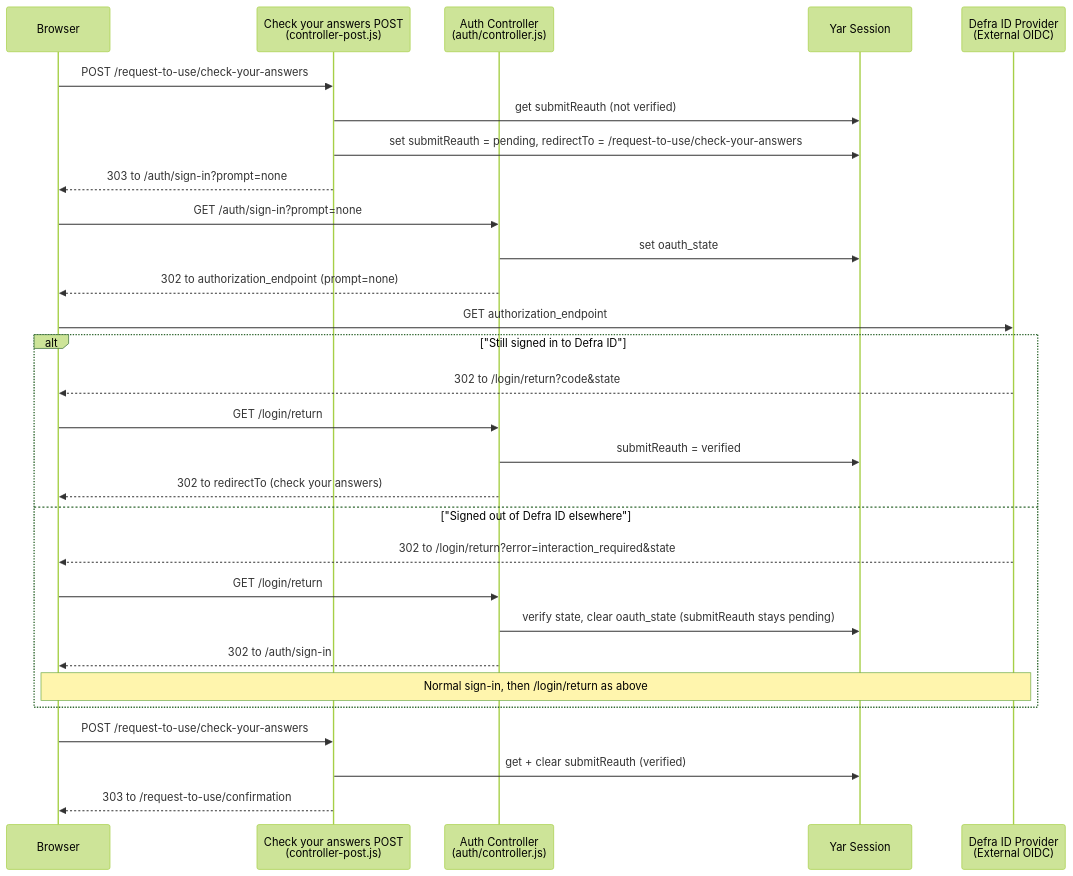
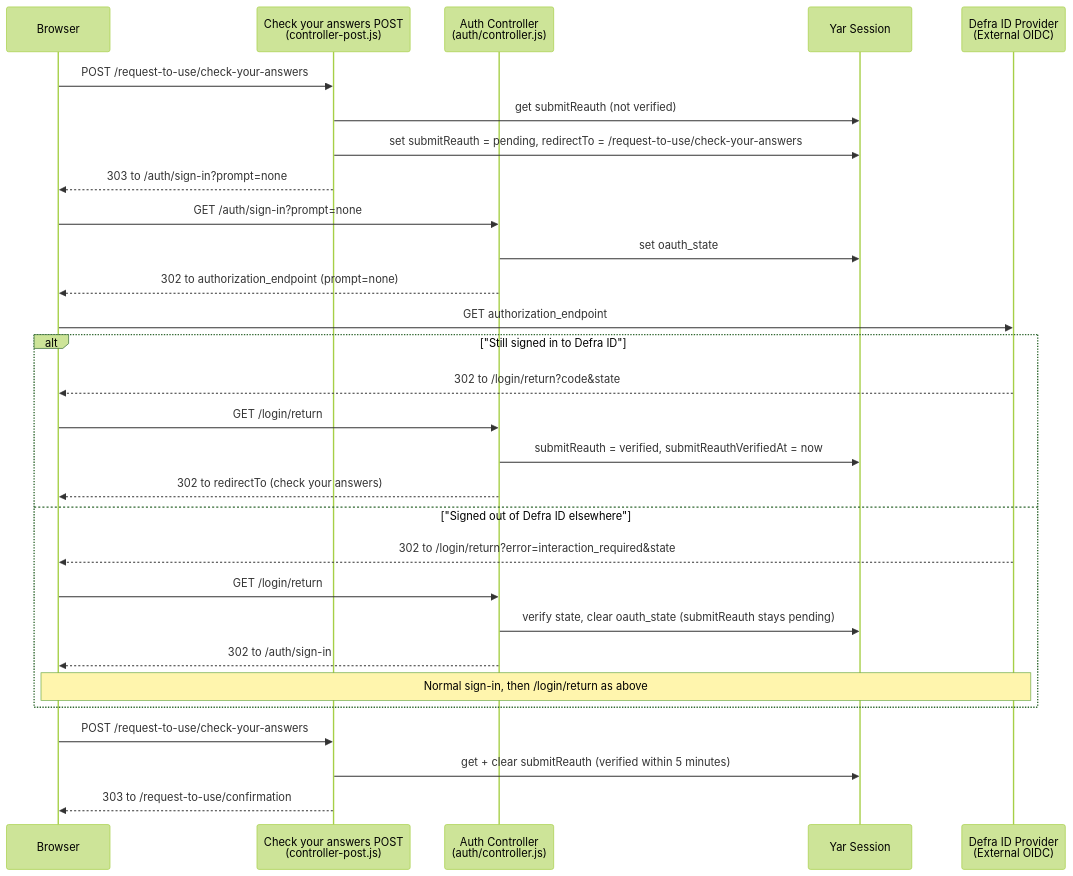
The diagram in docs/features/authentication/defra-id/submit-reauth-flow.mermaid (DEFRA/nrf-solution), drawn with Mermaid (forest theme) before and after one commit. The commit also changed 3 other files, not shown here.

```diff
--- a/docs/features/authentication/defra-id/submit-reauth-flow.mermaid
+++ b/docs/features/authentication/defra-id/submit-reauth-flow.mermaid
@@ -1,33 +1,33 @@
 sequenceDiagram
     participant Browser
     participant Ctrl as Check your answers POST<br/>(controller-post.js)
     participant Auth as Auth Controller<br/>(auth/controller.js)
     participant Yar as Yar Session
     participant DefraID as Defra ID Provider<br/>(External OIDC)
 
     Browser->>Ctrl: POST /request-to-use/check-your-answers
     Ctrl->>Yar: get submitReauth (not verified)
     Ctrl->>Yar: set submitReauth = pending, redirectTo = /request-to-use/check-your-answers
     Ctrl-->>Browser: 303 to /auth/sign-in?prompt=none
 
     Browser->>Auth: GET /auth/sign-in?prompt=none
     Auth->>Yar: set oauth_state
     Auth-->>Browser: 302 to authorization_endpoint (prompt=none)
     Browser->>DefraID: GET authorization_endpoint
 
     alt "Still signed in to Defra ID"
         DefraID-->>Browser: 302 to /login/return?code&state
         Browser->>Auth: GET /login/return
-        Auth->>Yar: submitReauth = verified
+        Auth->>Yar: submitReauth = verified, submitReauthVerifiedAt = now
         Auth-->>Browser: 302 to redirectTo (check your answers)
     else "Signed out of Defra ID elsewhere"
         DefraID-->>Browser: 302 to /login/return?error=interaction_required&state
         Browser->>Auth: GET /login/return
         Auth->>Yar: verify state, clear oauth_state (submitReauth stays pending)
         Auth-->>Browser: 302 to /auth/sign-in
         Note over Browser,DefraID: Normal sign-in, then /login/return as above
     end
 
     Browser->>Ctrl: POST /request-to-use/check-your-answers
-    Ctrl->>Yar: get + clear submitReauth (verified)
+    Ctrl->>Yar: get + clear submitReauth (verified within 5 minutes)
     Ctrl-->>Browser: 303 to /request-to-use/confirmation
```
